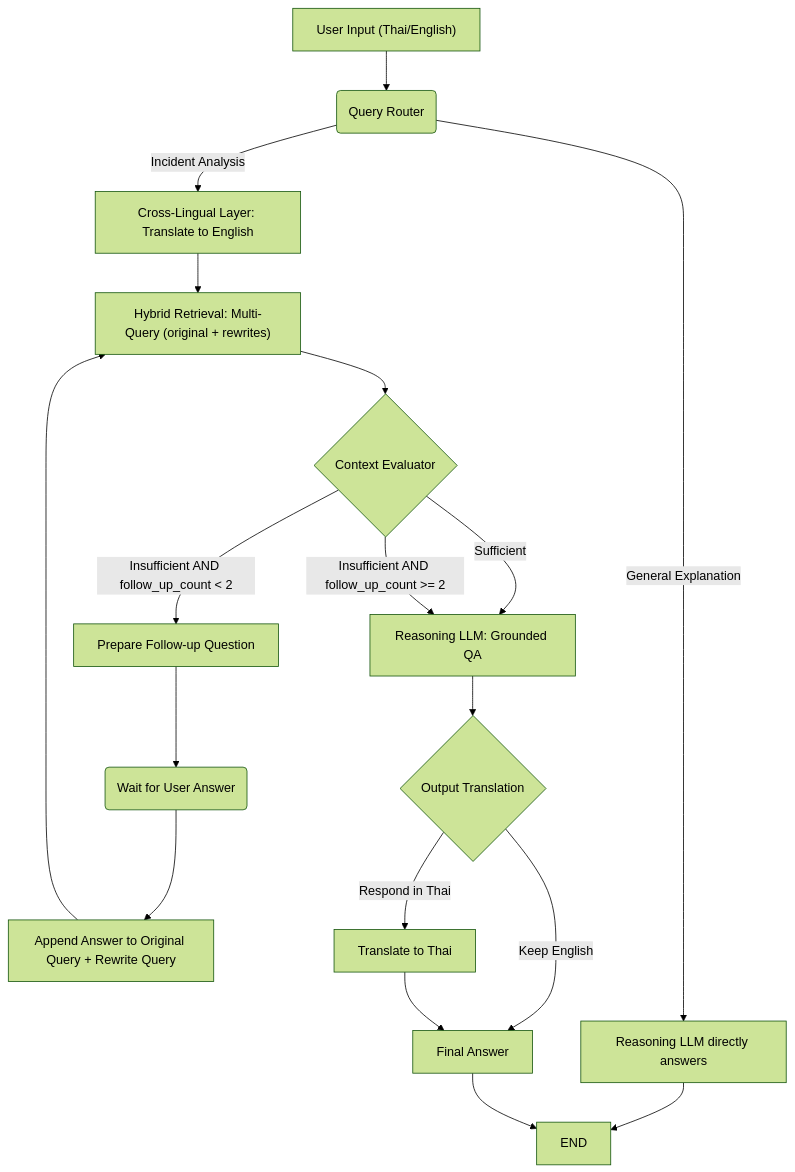
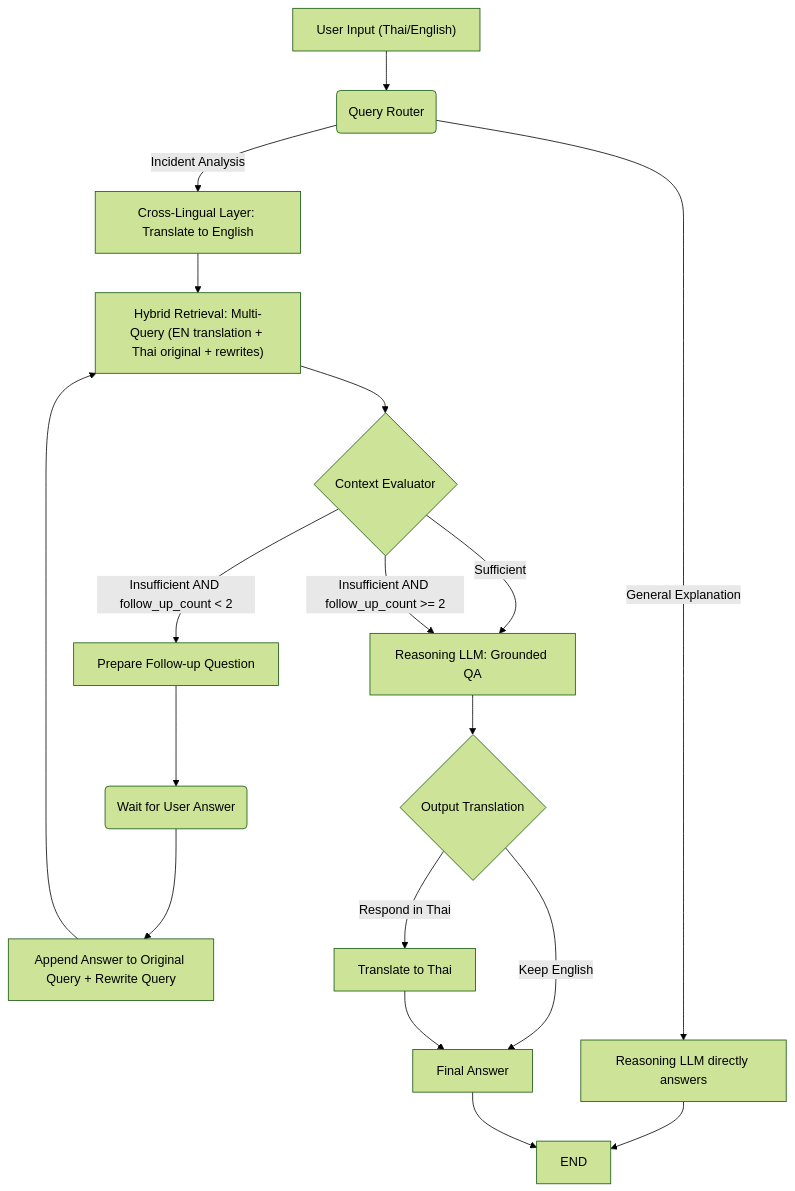
One commit to KKhamwiset/Cybercase-Intelligence-Framework changed the diagram in rag_service/app/RAG/pipeline.md. Above: the diagram before and after it, drawn with Mermaid (forest theme). The commit also changed other lines of this file and 19 other files, not shown here.

````diff
--- a/rag_service/app/RAG/pipeline.md
+++ b/rag_service/app/RAG/pipeline.md
@@ -11,26 +11,26 @@
 ```mermaid
 graph TD
     A["User Input (Thai/English)"] --> B(Query Router)
 
     B -->|General Explanation| C[Reasoning LLM directly answers]
     C --> END
 
     B -->|Incident Analysis| D["Cross-Lingual Layer: Translate to English"]
 
-    D --> E["Hybrid Retrieval: Multi-Query (original + rewrites)"]
+    D --> E["Hybrid Retrieval: Multi-Query (EN translation + Thai original + rewrites)"]
     E --> F{Context Evaluator}
 
     F -->|Sufficient| K["Reasoning LLM: Grounded QA"]
     F -->|"Insufficient AND follow_up_count < 2"| G[Prepare Follow-up Question]
     F -->|"Insufficient AND follow_up_count >= 2"| K
 
     G --> H(Wait for User Answer)
     H --> I["Append Answer to Original Query + Rewrite Query"]
     I --> E
 
     K --> L{Output Translation}
     L -->|Respond in Thai| M[Translate to Thai]
     L -->|Keep English| N[Final Answer]
     M --> N
     N --> END
 ```
````
